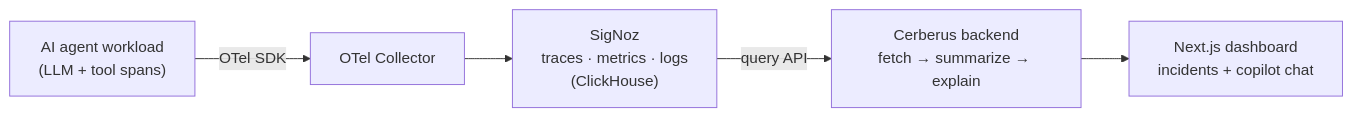
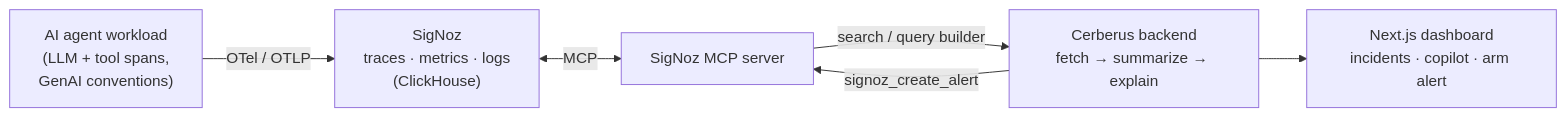
Before and after one commit to CodeMuscle/cerberus: the diagram in README.md, drawn with Mermaid. The commit also changed other lines of this file, not shown here.

````diff
--- a/README.md
+++ b/README.md
@@ -37,7 +45,8 @@
 ```mermaid
 flowchart LR
-    A["AI agent workload<br/>(LLM + tool spans)"] -- OTel SDK --> C["OTel Collector"]
-    C --> S["SigNoz<br/>traces · metrics · logs<br/>(ClickHouse)"]
-    S -- query API --> B["Cerberus backend<br/>fetch → summarize → explain"]
-    B --> W["Next.js dashboard<br/>incidents + copilot chat"]
+    A["AI agent workload<br/>(LLM + tool spans,<br/>GenAI conventions)"] -- OTel / OTLP --> S["SigNoz<br/>traces · metrics · logs<br/>(ClickHouse)"]
+    S <-- MCP --> M["SigNoz MCP server"]
+    M -- search / query builder --> B["Cerberus backend<br/>fetch → summarize → explain"]
+    B -- signoz_create_alert --> M
+    B --> W["Next.js dashboard<br/>incidents · copilot · arm alert"]
 ```
````
